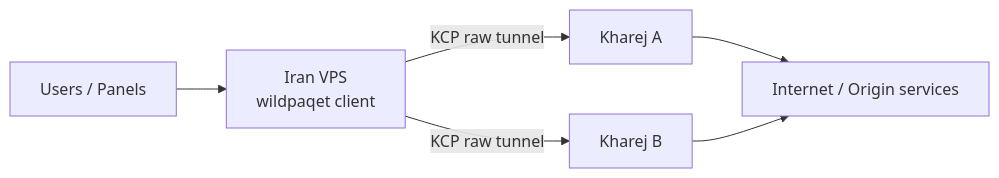
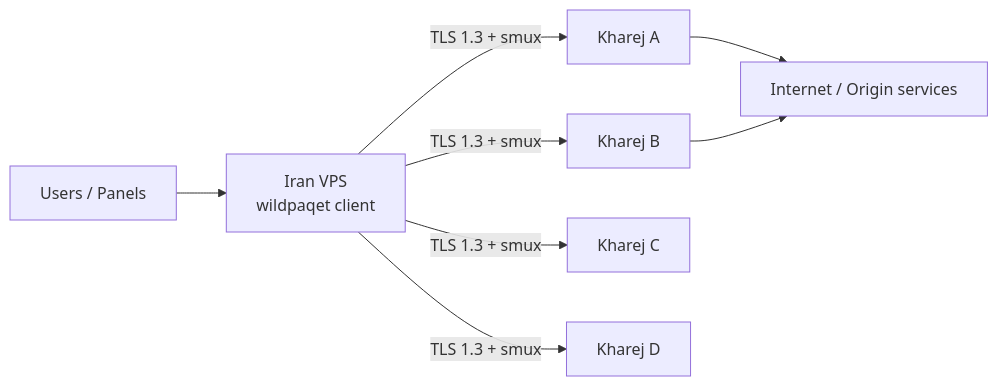
The diagram in README.md (infowild/WildPaqet-Tunnel), drawn with Mermaid before and after one commit. The commit also changed other lines of this file and 28 other files, not shown here.

````diff
--- a/README.md
+++ b/README.md
@@ -57,8 +57,10 @@
 ```mermaid
 flowchart LR
   U[Users / Panels] --> IR[Iran VPS<br/>wildpaqet client]
-  IR -->|KCP raw tunnel| KH1[Kharej A]
-  IR -->|KCP raw tunnel| KH2[Kharej B]
+  IR -->|TLS 1.3 + smux| KH1[Kharej A]
+  IR -->|TLS 1.3 + smux| KH2[Kharej B]
+  IR -->|TLS 1.3 + smux| KH3[Kharej C]
+  IR -->|TLS 1.3 + smux| KH4[Kharej D]
   KH1 --> NET[Internet / Origin services]
   KH2 --> NET
 ```
````
